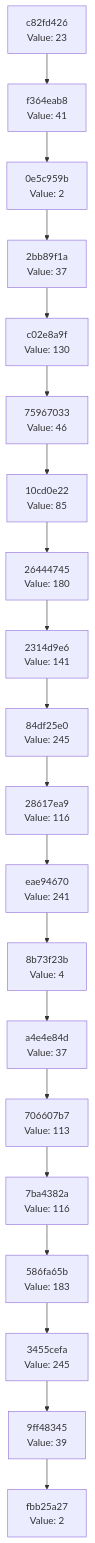
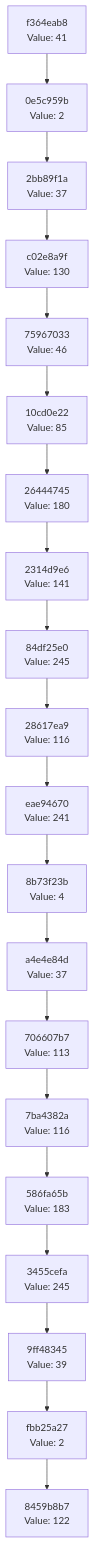
The diagram in docs/CHAIN_VISUALIZATION.md (Abhisheksinha1506/hash-chain-evolver), drawn with Mermaid before and after one commit. The commit also changed 3 other files, not shown here.

````diff
--- a/docs/CHAIN_VISUALIZATION.md
+++ b/docs/CHAIN_VISUALIZATION.md
@@ -3,42 +3,42 @@
 ```mermaid
 graph TD
-    C0["fbb25a27<br/>Value: 2"]
-    C1["9ff48345<br/>Value: 39"]
+    C0["8459b8b7<br/>Value: 122"]
+    C1["fbb25a27<br/>Value: 2"]
     C1 --> C0
-    C2["3455cefa<br/>Value: 245"]
+    C2["9ff48345<br/>Value: 39"]
     C2 --> C1
-    C3["586fa65b<br/>Value: 183"]
+    C3["3455cefa<br/>Value: 245"]
     C3 --> C2
-    C4["7ba4382a<br/>Value: 116"]
+    C4["586fa65b<br/>Value: 183"]
     C4 --> C3
-    C5["706607b7<br/>Value: 113"]
+    C5["7ba4382a<br/>Value: 116"]
     C5 --> C4
-    C6["a4e4e84d<br/>Value: 37"]
+    C6["706607b7<br/>Value: 113"]
     C6 --> C5
-    C7["8b73f23b<br/>Value: 4"]
+    C7["a4e4e84d<br/>Value: 37"]
     C7 --> C6
-    C8["eae94670<br/>Value: 241"]
+    C8["8b73f23b<br/>Value: 4"]
     C8 --> C7
-    C9["28617ea9<br/>Value: 116"]
+    C9["eae94670<br/>Value: 241"]
     C9 --> C8
-    C10["84df25e0<br/>Value: 245"]
+    C10["28617ea9<br/>Value: 116"]
     C10 --> C9
-    C11["2314d9e6<br/>Value: 141"]
+    C11["84df25e0<br/>Value: 245"]
     C11 --> C10
-    C12["26444745<br/>Value: 180"]
+    C12["2314d9e6<br/>Value: 141"]
     C12 --> C11
-    C13["10cd0e22<br/>Value: 85"]
+    C13["26444745<br/>Value: 180"]
     C13 --> C12
-    C14["75967033<br/>Value: 46"]
+    C14["10cd0e22<br/>Value: 85"]
     C14 --> C13
-    C15["c02e8a9f<br/>Value: 130"]
+    C15["75967033<br/>Value: 46"]
     C15 --> C14
-    C16["2bb89f1a<br/>Value: 37"]
+    C16["c02e8a9f<br/>Value: 130"]
     C16 --> C15
-    C17["0e5c959b<br/>Value: 2"]
+    C17["2bb89f1a<br/>Value: 37"]
     C17 --> C16
-    C18["f364eab8<br/>Value: 41"]
+    C18["0e5c959b<br/>Value: 2"]
     C18 --> C17
-    C19["c82fd426<br/>Value: 23"]
+    C19["f364eab8<br/>Value: 41"]
     C19 --> C18
 ```
````
